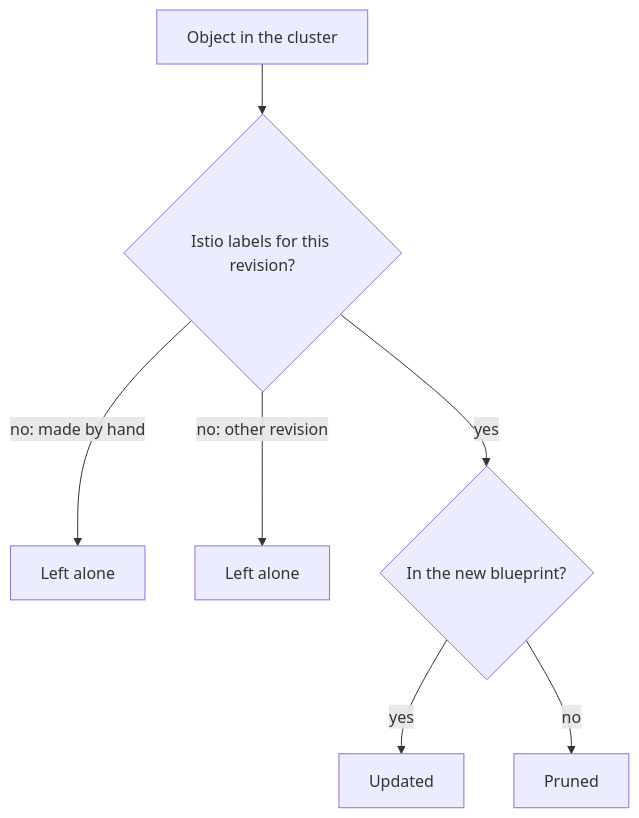
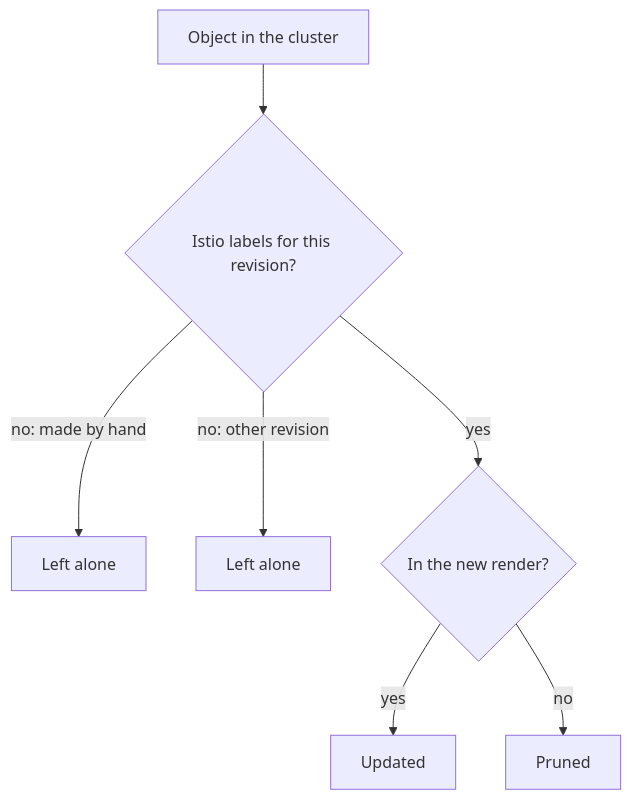
Before and after one commit to astrona-io/ATS013: the diagram in sections/section-010/module-01/course-04-reconciliation-and-removal.md, drawn with Mermaid. The commit also changed other lines of this file and 11 other files, not shown here.

````diff
--- a/sections/section-010/module-01/course-04-reconciliation-and-removal.md
+++ b/sections/section-010/module-01/course-04-reconciliation-and-removal.md
@@ -61,9 +49,9 @@
 ```mermaid
 flowchart TB
     O["Object in the cluster"] --> Q{"Istio labels for this revision?"}
     Q -->|"no: made by hand"| K["Left alone"]
     Q -->|"no: other revision"| K2["Left alone"]
-    Q -->|"yes"| R{"In the new blueprint?"}
+    Q -->|"yes"| R{"In the new render?"}
     R -->|"yes"| U["Updated"]
     R -->|"no"| D["Pruned"]
 ```
````
